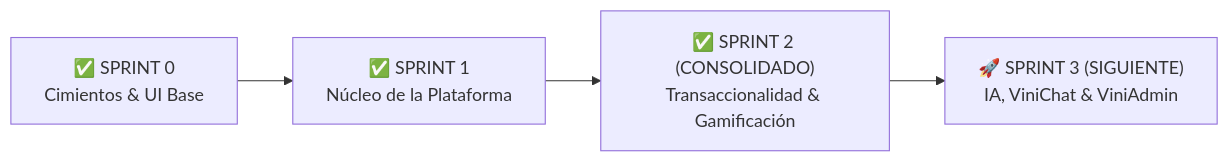
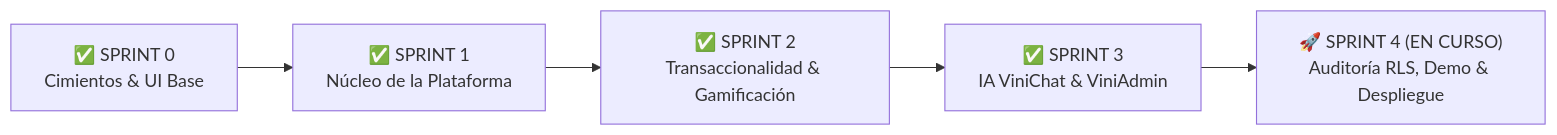
The first of 2 diagrams in README.md (sergiam071105-ai/Vini-Games), drawn with Mermaid before and after one commit. The commit also changed other lines of this file, not shown here.

Commit message:
docs: actualizar README.md completo para Sprint 4 con ViniChat N8N Cloud, ViniAdmin y mapa de 26 rutas

````diff
--- a/README.md
+++ b/README.md
@@ -12,4 +12,4 @@
 ```mermaid
 flowchart LR
-    S0["✅ SPRINT 0\nCimientos & UI Base"] --> S1["✅ SPRINT 1\nNúcleo de la Plataforma"] --> S2["✅ SPRINT 2 (CONSOLIDADO)\nTransaccionalidad & Gamificación"] --> S3["🚀 SPRINT 3 (SIGUIENTE)\nIA, ViniChat & ViniAdmin"]
+    S0["✅ SPRINT 0\nCimientos & UI Base"] --> S1["✅ SPRINT 1\nNúcleo de la Plataforma"] --> S2["✅ SPRINT 2\nTransaccionalidad & Gamificación"] --> S3["✅ SPRINT 3\nIA ViniChat & ViniAdmin"] --> S4["🚀 SPRINT 4 (EN CURSO)\nAuditoría RLS, Demo & Despliegue"]
 ```
````
